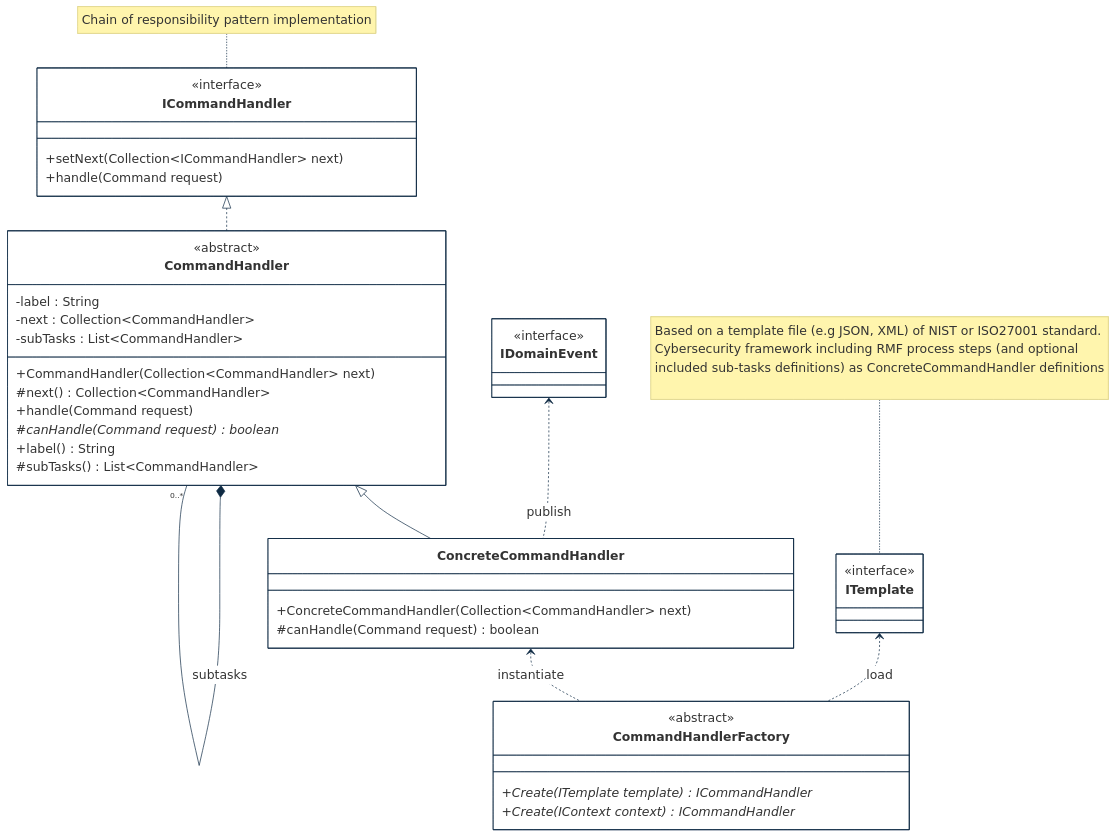
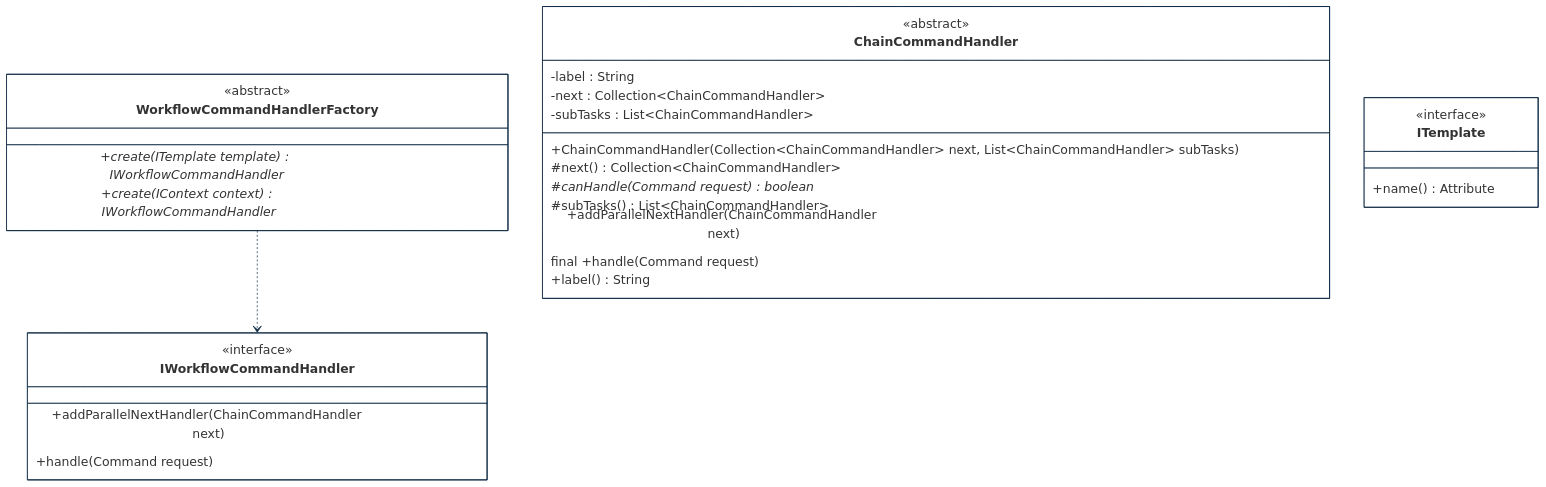
One commit to cybnity/foundation changed the diagram in implementations-line/features/workflow-process/security-activity-orchestration/designview-structure-models.md. Above: the diagram before and after it, drawn with Mermaid. The commit also changed other lines of this file and 59 other files, not shown here.

````diff
--- a/implementations-line/features/workflow-process/security-activity-orchestration/designview-structure-models.md
+++ b/implementations-line/features/workflow-process/security-activity-orchestration/designview-structure-models.md
@@ -24,61 +20,50 @@
 ```mermaid
 %%{
   init: {
     'theme': 'base',
     'themeVariables': {
         'background': '#ffffff',
         'fontFamily': 'arial',
         'fontSize': '18px',
         'primaryColor': '#fff',
         'primaryBorderColor': '#0e2a43',
         'secondaryBorderColor': '#0e2a43',
         'tertiaryBorderColor': '#0e2a43',
         'edgeLabelBackground':'#0e2a43',
         'lineColor': '#0e2a43',
         'tertiaryColor': '#fff'
     }
   }
 }%%
 classDiagram
-  ICommandHandler <|.. CommandHandler
-  CommandHandler <|-- ConcreteCommandHandler
-  note for ICommandHandler "Chain of responsibility pattern implementation"
-  note for ITemplate "Based on a template file (e.g JSON, XML) of NIST or ISO27001 standard.<br>Cybersecurity framework including RMF process steps (and optional<br>included sub-tasks definitions) as ConcreteCommandHandler definitions<br><br>"
-  ITemplate <.. CommandHandlerFactory : load
-  ConcreteCommandHandler <.. CommandHandlerFactory : instantiate
-  CommandHandler *-- "0..*" CommandHandler : subtasks
-  IDomainEvent <.. ConcreteCommandHandler : publish
+  WorkflowCommandHandlerFactory ..> IWorkflowCommandHandler
 
+  class ChainCommandHandler {
+      <<abstract>>
+      -label : String
+      -next : Collection~ChainCommandHandler~
+      -subTasks : List~ChainCommandHandler~
+      +ChainCommandHandler(Collection~ChainCommandHandler~ next, List~ChainCommandHandler~ subTasks)
+      #next() Collection~ChainCommandHandler~
+      #canHandle(Command request)* boolean
+      #subTasks() List~ChainCommandHandler~
+      +addParallelNextHandler(ChainCommandHandler next)
+      final +handle(Command request)
+      +label() String
+  }
+  class WorkflowCommandHandlerFactory {
+      <<abstract>>
+      +create(ITemplate template)* IWorkflowCommandHandler
+      +create(IContext context)* IWorkflowCommandHandler
+  }
+  class IWorkflowCommandHandler {
+      <<interface>>
+      +addParallelNextHandler(ChainCommandHandler next)
+      +handle(Command request)
+  }
   class ITemplate {
-    <<interface>>
+      <<interface>>
+      +name() Attribute
   }
-  class ICommandHandler {
-    <<interface>>
-	+setNext(Collection~ICommandHandler~ next)
-	+handle(Command request)
-  }
-  class CommandHandler {
-    <<abstract>>
-    -label : String
-    -next : Collection~CommandHandler~
-    -subTasks : List~CommandHandler~
-    +CommandHandler(Collection~CommandHandler~ next)
-    #next() Collection~CommandHandler~
-    +handle(Command request)
-    #canHandle(Command request)* boolean
-    +label() String
-    #subTasks() List~CommandHandler~
-  }
-  class ConcreteCommandHandler {
-    +ConcreteCommandHandler(Collection~CommandHandler~ next)
-    #canHandle(Command request) boolean
-  }
-  class CommandHandlerFactory {
-    <<abstract>>
-    +Create(ITemplate template)* ICommandHandler
-    +Create(IContext context)* ICommandHandler
-  }
-  class IDomainEvent {
-    <<interface>>
-  }
+
 ```
````
